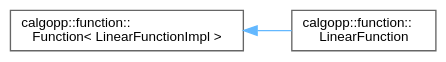
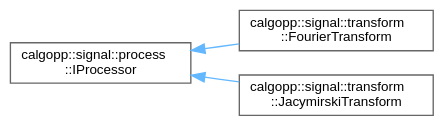
One commit to pawelekg95/algopp changed the diagram in inherit_graph_5.dot. Above: the diagram before and after it, drawn with Graphviz. The commit also changed 257 other files, not shown here.

```diff
--- a/inherit_graph_5.dot
+++ b/inherit_graph_5.dot
@@ -1,11 +1,13 @@
 digraph "Graphical Class Hierarchy"
 {
  // LATEX_PDF_SIZE
   bgcolor="transparent";
   edge [fontname=Helvetica,fontsize=10,labelfontname=Helvetica,labelfontsize=10];
   node [fontname=Helvetica,fontsize=10,shape=box,height=0.2,width=0.4];
   rankdir="LR";
-  Node0 [label="calgopp::function::\lFunction\< LinearFunctionImpl \>",height=0.2,width=0.4,color="grey40", fillcolor="white", style="filled",URL="$classcalgopp_1_1function_1_1Function.html",tooltip=" "];
+  Node0 [label="calgopp::signal::process\l::IProcessor",height=0.2,width=0.4,color="grey40", fillcolor="white", style="filled",URL="$classcalgopp_1_1signal_1_1process_1_1IProcessor.html",tooltip=" "];
   Node0 -> Node1 [dir="back",color="steelblue1",style="solid"];
-  Node1 [label="calgopp::function::\lLinearFunction",height=0.2,width=0.4,color="grey40", fillcolor="white", style="filled",URL="$classcalgopp_1_1function_1_1LinearFunction.html",tooltip=" "];
+  Node1 [label="calgopp::signal::transform\l::FourierTransform",height=0.2,width=0.4,color="grey40", fillcolor="white", style="filled",URL="$classcalgopp_1_1signal_1_1transform_1_1FourierTransform.html",tooltip=" "];
+  Node0 -> Node2 [dir="back",color="steelblue1",style="solid"];
+  Node2 [label="calgopp::signal::transform\l::JacymirskiTransform",height=0.2,width=0.4,color="grey40", fillcolor="white", style="filled",URL="$classcalgopp_1_1signal_1_1transform_1_1JacymirskiTransform.html",tooltip=" "];
 }
```
